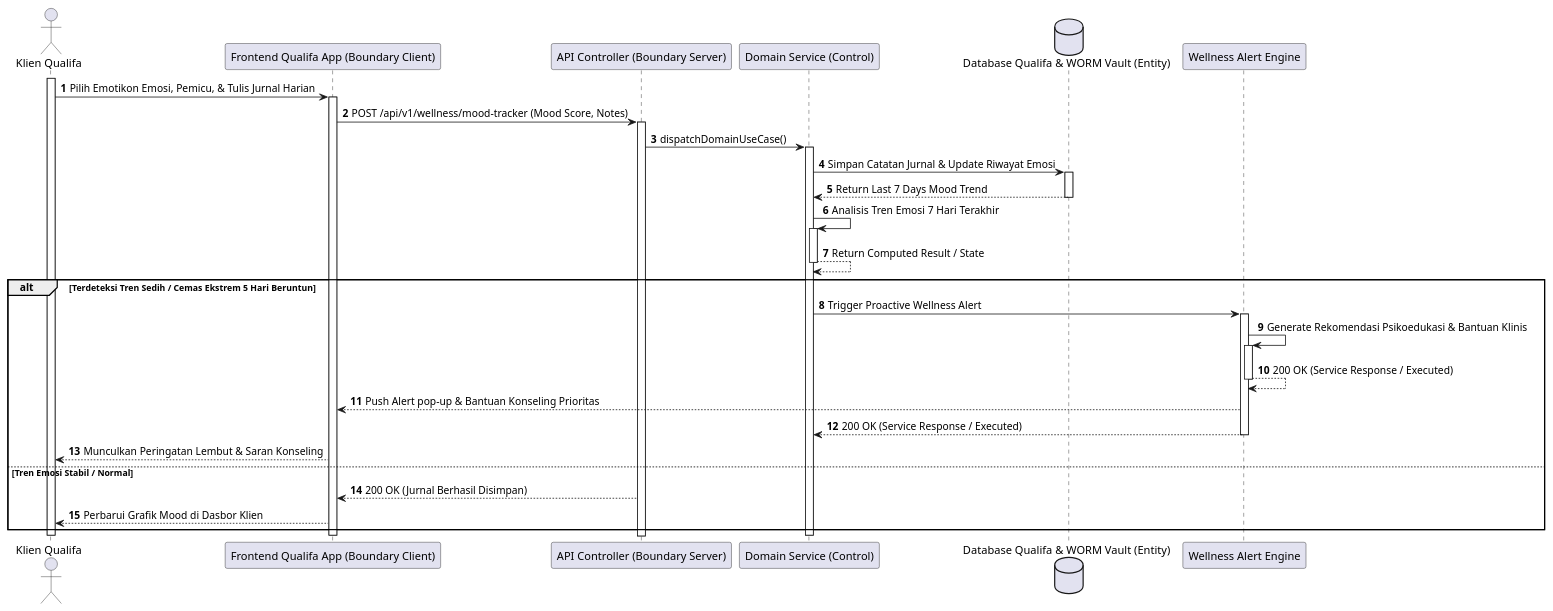
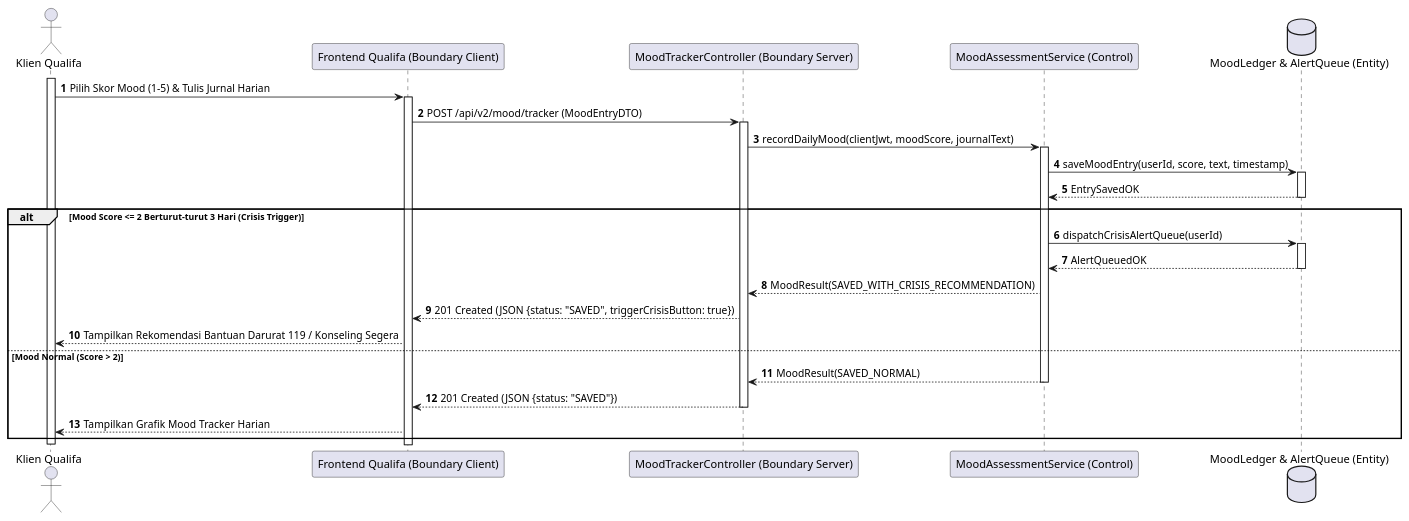
Diagram 21 of 28 in MarkDown/plantuml_sequence_diagrams.md (tupperwureism/SuperApp-Gagal), drawn with PlantUML before and after one commit. The commit also changed other lines of this file and 1 other file, not shown here.

Commit message:
fix(sequence-diagrams): regenerate all 28 Sequence Diagrams with deterministic hand-crafted 5-Lifeline BCE flows

````diff
--- a/MarkDown/plantuml_sequence_diagrams.md
+++ b/MarkDown/plantuml_sequence_diagrams.md
@@ -1389,36 +845,30 @@
 ```plantuml
 @startuml
 autonumber
-actor "Klien Qualifa" as Klien
-participant "Frontend Qualifa App (Boundary Client)" as B_FE
-participant "API Controller (Boundary Server)" as B_BE
-participant "Domain Service (Control)" as C_Svc
-participant "Backend Independen Qualifa" as C_Svc
-database "Database Qualifa & WORM Vault (Entity)" as E_DB
-participant "Wellness Alert Engine" as Alert
+actor "Klien Qualifa" as User
+participant "Frontend Qualifa (Boundary Client)" as B_FE
+participant "MoodTrackerController (Boundary Server)" as B_BE
+participant "MoodAssessmentService (Control)" as C_Svc
+database "MoodLedger & AlertQueue (Entity)" as E_DB
 
-activate Klien
-Klien -> B_FE ++ : Pilih Emotikon Emosi, Pemicu, & Tulis Jurnal Harian
-B_FE -> B_BE ++ : POST /api/v1/wellness/mood-tracker (Mood Score, Notes)
-    B_BE -> C_Svc ++ : dispatchDomainUseCase()
-C_Svc -> E_DB ++ : Simpan Catatan Jurnal & Update Riwayat Emosi
-E_DB --> C_Svc -- : Return Last 7 Days Mood Trend
+activate User
+User -> B_FE ++ : Pilih Skor Mood (1-5) & Tulis Jurnal Harian
+B_FE -> B_BE ++ : POST /api/v2/mood/tracker (MoodEntryDTO)
+B_BE -> C_Svc ++ : recordDailyMood(clientJwt, moodScore, journalText)
+C_Svc -> E_DB ++ : saveMoodEntry(userId, score, text, timestamp)
+E_DB --> C_Svc -- : EntrySavedOK
 
-C_Svc -> C_Svc ++ : Analisis Tren Emosi 7 Hari Terakhir
-C_Svc --> C_Svc -- : Return Computed Result / State
-alt Terdeteksi Tren Sedih / Cemas Ekstrem 5 Hari Beruntun
-    C_Svc -> Alert ++ : Trigger Proactive Wellness Alert
-    Alert -> Alert ++ : Generate Rekomendasi Psikoedukasi & Bantuan Klinis
-    Alert --> Alert -- : 200 OK (Service Response / Executed)
-    Alert --> B_FE : Push Alert pop-up & Bantuan Konseling Prioritas
-    Alert --> C_Svc -- : 200 OK (Service Response / Executed)
-    B_FE --> Klien : Munculkan Peringatan Lembut & Saran Konseling
-else Tren Emosi Stabil / Normal
-    B_BE --> B_FE : 200 OK (Jurnal Berhasil Disimpan)
-    B_FE --> Klien : Perbarui Grafik Mood di Dasbor Klien
+alt Mood Score <= 2 Berturut-turut 3 Hari (Crisis Trigger)
+    C_Svc -> E_DB ++ : dispatchCrisisAlertQueue(userId)
+    E_DB --> C_Svc -- : AlertQueuedOK
+    C_Svc --> B_BE : MoodResult(SAVED_WITH_CRISIS_RECOMMENDATION)
+    B_BE --> B_FE : 201 Created (JSON {status: "SAVED", triggerCrisisButton: true})
+    B_FE --> User : Tampilkan Rekomendasi Bantuan Darurat 119 / Konseling Segera
+else Mood Normal (Score > 2)
+    C_Svc --> B_BE -- : MoodResult(SAVED_NORMAL)
+    B_BE --> B_FE -- : 201 Created (JSON {status: "SAVED"})
+    B_FE --> User : Tampilkan Grafik Mood Tracker Harian
 end
-deactivate C_Svc
-deactivate B_FE
-deactivate Klien
+deactivate User
 @enduml
 ```
````
